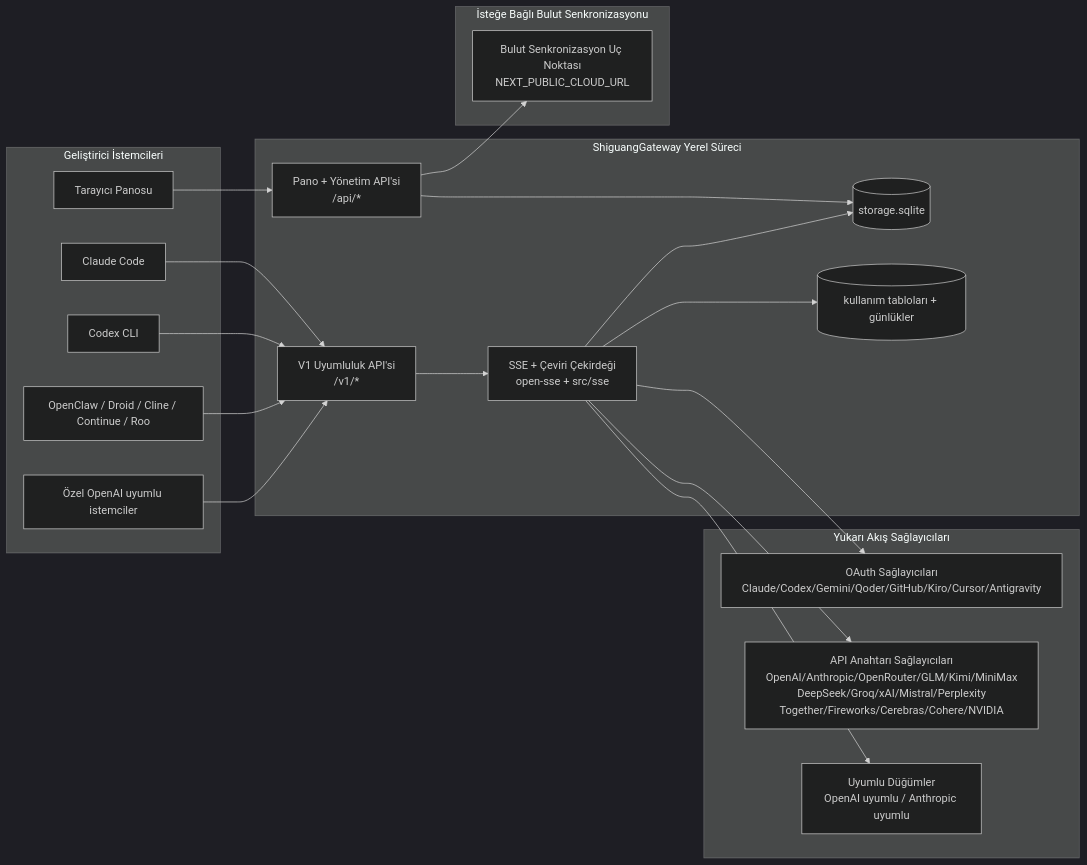
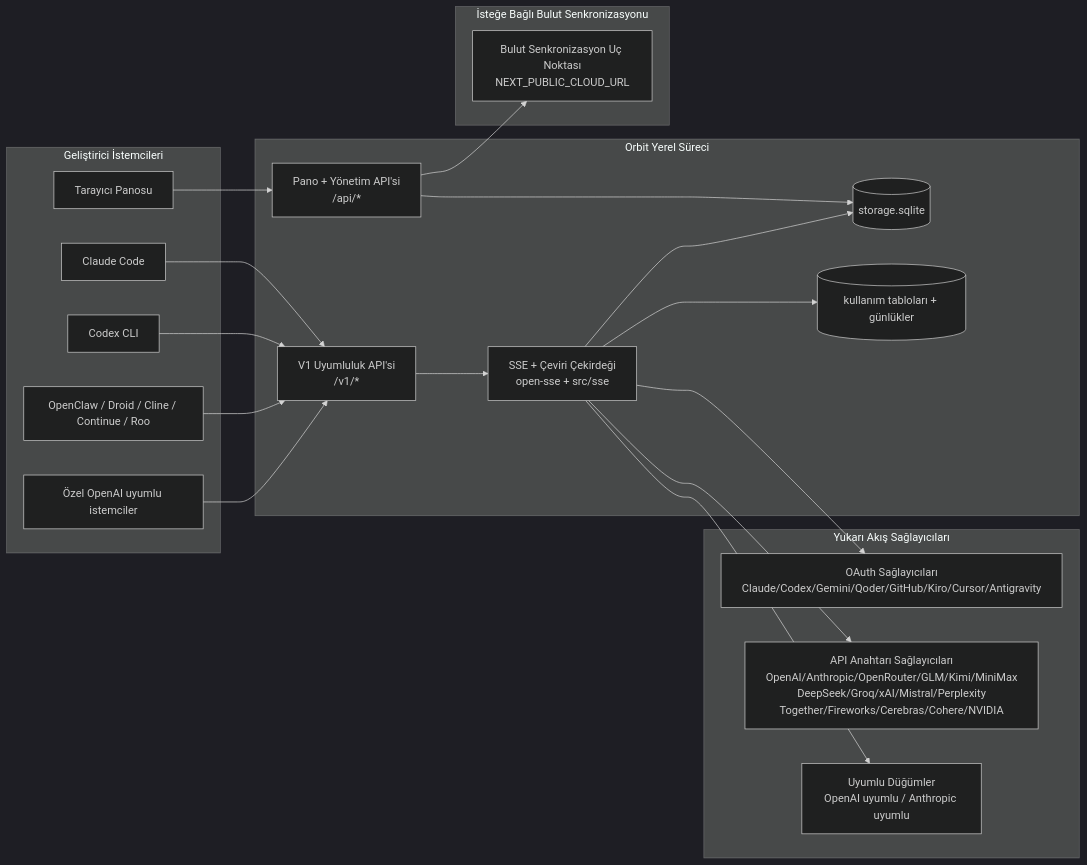
One commit to shiguang-lab/orbit changed the diagram in packages/core/docs/i18n/tr/docs/architecture/ARCHITECTURE.md. Above: the diagram before and after it, drawn with Mermaid (dark theme). The commit also changed other lines of this file and 2405 other files, not shown here.

Commit message:
refactor: retire Shiguang Gateway identifiers

````diff
--- a/packages/core/docs/i18n/tr/docs/architecture/ARCHITECTURE.md
+++ b/packages/core/docs/i18n/tr/docs/architecture/ARCHITECTURE.md
@@ -164,45 +164,45 @@
 ```mermaid
 flowchart LR
     subgraph Clients[Geliştirici İstemcileri]
         C1[Claude Code]
         C2[Codex CLI]
         C3[OpenClaw / Droid / Cline / Continue / Roo]
         C4[Özel OpenAI uyumlu istemciler]
         BROWSER[Tarayıcı Panosu]
     end
 
-    subgraph Router[ShiguangGateway Yerel Süreci]
+    subgraph Router[Orbit Yerel Süreci]
         API[V1 Uyumluluk API'si\n/v1/*]
         DASH[Pano + Yönetim API'si\n/api/*]
         CORE[SSE + Çeviri Çekirdeği\nopen-sse + src/sse]
         DB[(storage.sqlite)]
         UDB[(kullanım tabloları + günlükler)]
     end
 
     subgraph Upstreams[Yukarı Akış Sağlayıcıları]
         P1[OAuth Sağlayıcıları\nClaude/Codex/Gemini/Qoder/GitHub/Kiro/Cursor/Antigravity]
         P2[API Anahtarı Sağlayıcıları\nOpenAI/Anthropic/OpenRouter/GLM/Kimi/MiniMax\nDeepSeek/Groq/xAI/Mistral/Perplexity\nTogether/Fireworks/Cerebras/Cohere/NVIDIA]
         P3[Uyumlu Düğümler\nOpenAI uyumlu / Anthropic uyumlu]
     end
 
     subgraph Cloud[İsteğe Bağlı Bulut Senkronizasyonu]
         CLOUD[Bulut Senkronizasyon Uç Noktası\nNEXT_PUBLIC_CLOUD_URL]
     end
 
     C1 --> API
     C2 --> API
     C3 --> API
     C4 --> API
     BROWSER --> DASH
 
     API --> CORE
     DASH --> DB
     CORE --> DB
     CORE --> UDB
 
     CORE --> P1
     CORE --> P2
     CORE --> P3
 
     DASH --> CLOUD
 ```
````
